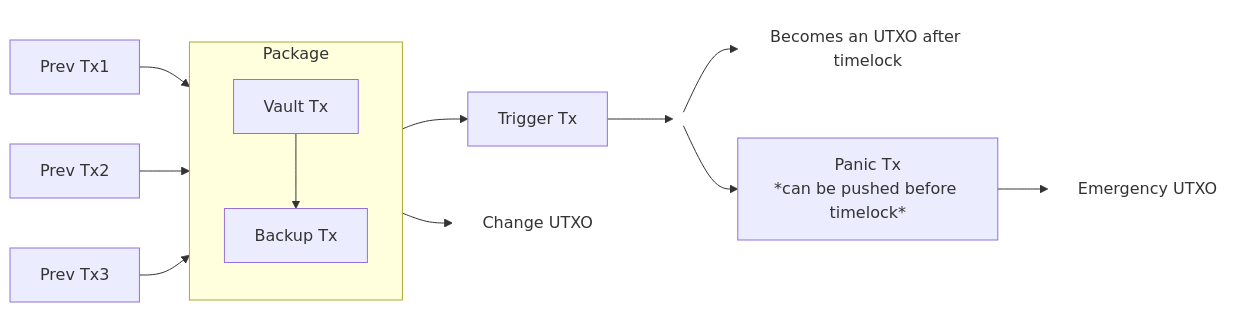
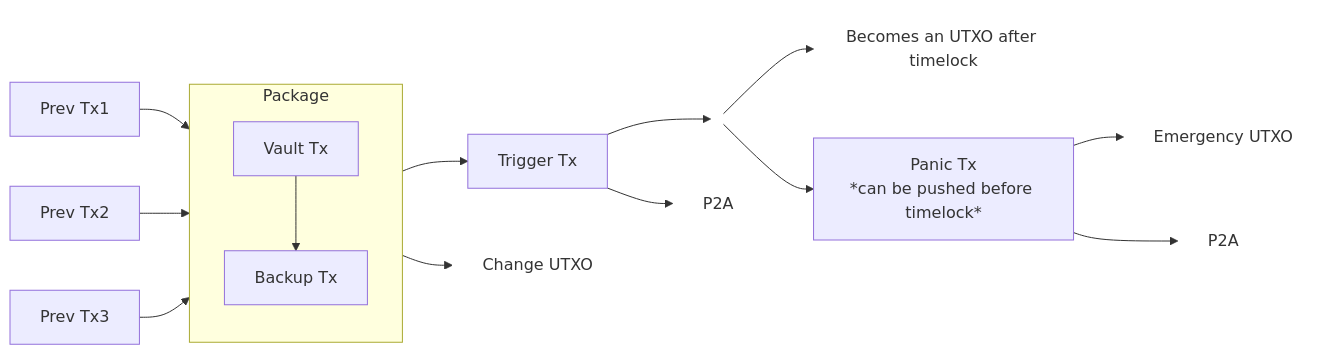
The diagram in descriptors/rewind2/README.md (bitcoinerlab/playground), drawn with Mermaid before and after one commit.

Commit message:
docs: add the p2a outputs in the flow diagram

````diff
--- a/descriptors/rewind2/README.md
+++ b/descriptors/rewind2/README.md
@@ -42,46 +42,50 @@
 ```mermaid
 flowchart LR
     U1[Prev Tx1]
     U2[Prev Tx2]
     U3[Prev Tx3]
 
     %% Package
     subgraph Package
         direction TB
         V[Vault Tx]
         B[Backup Tx]
     end
 
     T[Trigger Tx]
     C[Change UTXO]
 
     %% Fork node
     F(( ))
     style F fill:transparent,stroke:transparent
 
     %% UTXO N as borderless box
     UTXON[Becomes an UTXO after timelock]
     style UTXON fill:transparent,stroke:transparent
 
     %% Inputs
     U1 --> V
     U2 --> V
     U3 --> V
 
     %% Vault outputs
     V --> B
     V --> T
     V --> C
     style C fill:transparent,stroke:transparent
 
-    %% Trigger Tx single output
+    %% Trigger Tx outputs
     T --> F
+    T --> A_T[P2A]
+    style A_T fill:transparent,stroke:transparent
 
     %% Forked outputs
     F --> P[Panic Tx<br/>*can be pushed before timelock*]
     F --> UTXON
 
-    %% Panic Tx output
+    %% Panic Tx outputs
     P --> E[Emergency UTXO]
     style E fill:transparent,stroke:transparent
+    P --> A_P[P2A]
+    style A_P fill:transparent,stroke:transparent
 ```
````
